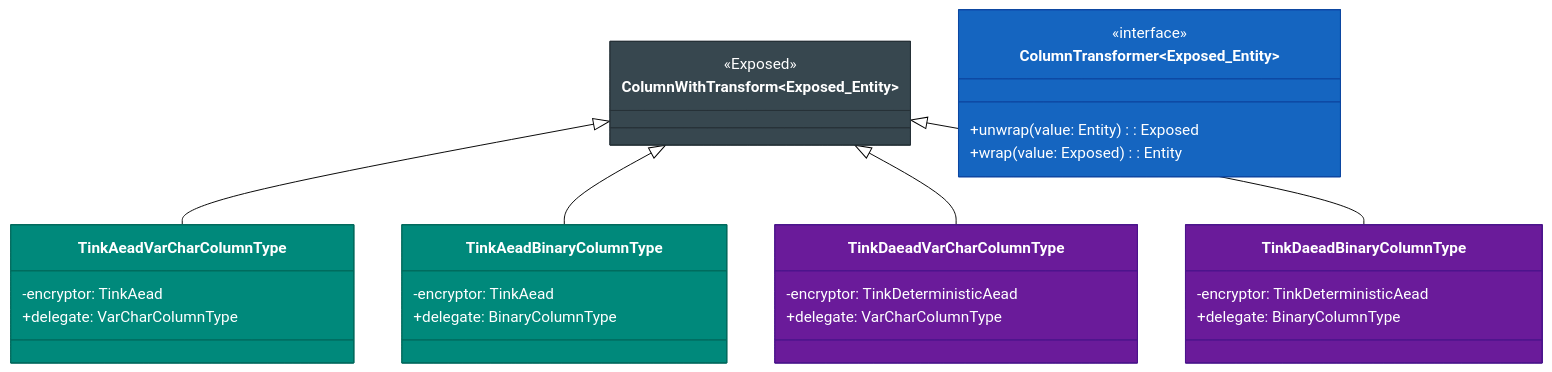
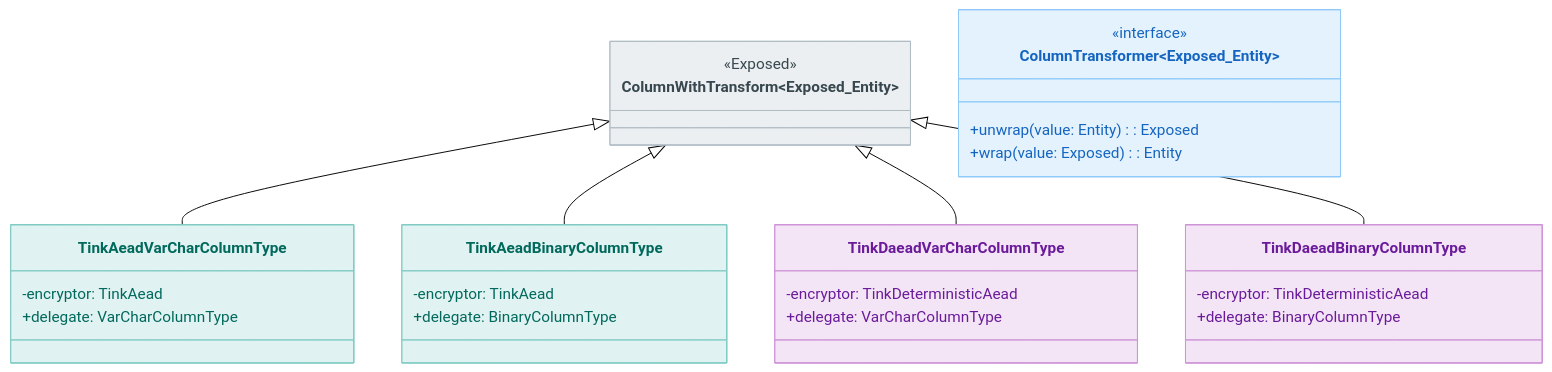
One commit to bluetape4k/bluetape4k-projects changed the second of 2 diagrams in data/exposed-tink/README.ko.md. Above: the diagram before and after it, drawn with Mermaid (forest theme). The commit also changed other lines of this file and 219 other files, not shown here.

First line of the commit message:
docs: 전체 README Mermaid 다이어그램 가이드 적용

````diff
--- a/data/exposed-tink/README.ko.md
+++ b/data/exposed-tink/README.ko.md
@@ -237,40 +237,40 @@
 ```mermaid
 classDiagram
     class ColumnWithTransform~Exposed_Entity~ {
         <<Exposed>>
     }
     class ColumnTransformer~Exposed_Entity~ {
         <<interface>>
         +unwrap(value: Entity): Exposed
         +wrap(value: Exposed): Entity
     }
 
     class TinkAeadVarCharColumnType {
         -encryptor: TinkAead
         +delegate: VarCharColumnType
     }
     class TinkAeadBinaryColumnType {
         -encryptor: TinkAead
         +delegate: BinaryColumnType
     }
     class TinkDaeadVarCharColumnType {
         -encryptor: TinkDeterministicAead
         +delegate: VarCharColumnType
     }
     class TinkDaeadBinaryColumnType {
         -encryptor: TinkDeterministicAead
         +delegate: BinaryColumnType
     }
 
     ColumnWithTransform <|-- TinkAeadVarCharColumnType
     ColumnWithTransform <|-- TinkAeadBinaryColumnType
     ColumnWithTransform <|-- TinkDaeadVarCharColumnType
     ColumnWithTransform <|-- TinkDaeadBinaryColumnType
 
-    style ColumnWithTransform fill:#37474F,stroke:#263238,color:#FFFFFF
-    style ColumnTransformer fill:#1565C0,stroke:#0D47A1,color:#FFFFFF
-    style TinkAeadVarCharColumnType fill:#00897B,stroke:#00695C,color:#FFFFFF
-    style TinkAeadBinaryColumnType fill:#00897B,stroke:#00695C,color:#FFFFFF
-    style TinkDaeadVarCharColumnType fill:#6A1B9A,stroke:#4A148C,color:#FFFFFF
-    style TinkDaeadBinaryColumnType fill:#6A1B9A,stroke:#4A148C,color:#FFFFFF
+    style ColumnWithTransform fill:#ECEFF1,stroke:#B0BEC5,color:#37474F
+    style ColumnTransformer fill:#E3F2FD,stroke:#90CAF9,color:#1565C0
+    style TinkAeadVarCharColumnType fill:#E0F2F1,stroke:#80CBC4,color:#00695C
+    style TinkAeadBinaryColumnType fill:#E0F2F1,stroke:#80CBC4,color:#00695C
+    style TinkDaeadVarCharColumnType fill:#F3E5F5,stroke:#CE93D8,color:#6A1B9A
+    style TinkDaeadBinaryColumnType fill:#F3E5F5,stroke:#CE93D8,color:#6A1B9A
 ```
````
